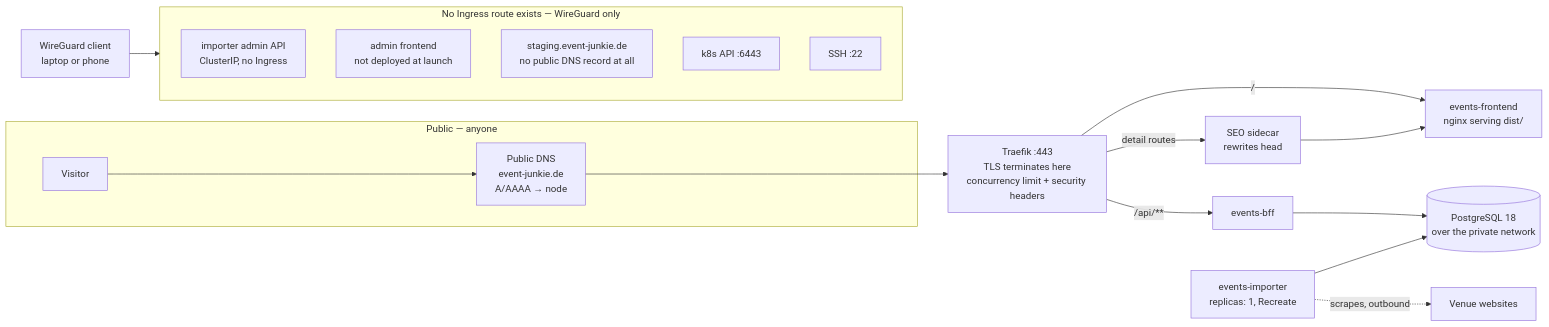
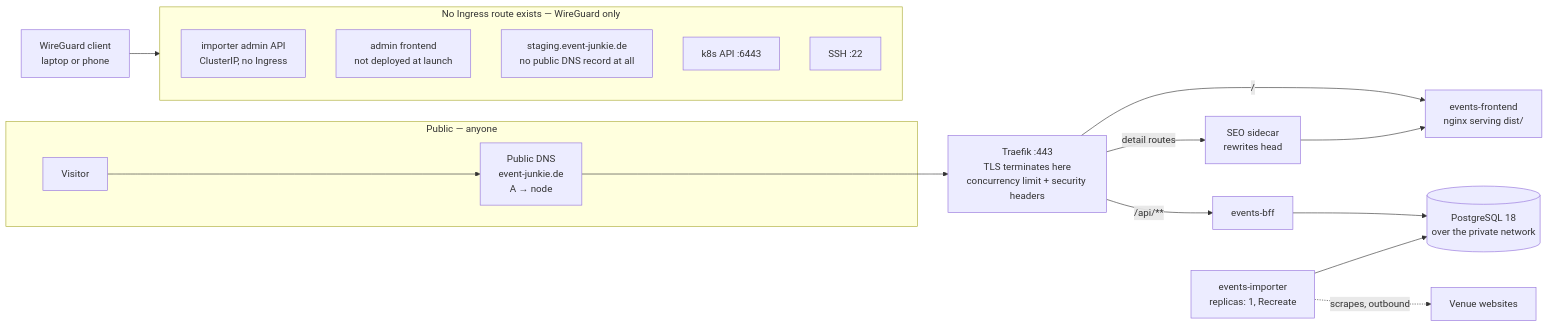
One commit to enorm-labs/event-junkie changed the second of 4 diagrams in docs/ops/PLATFORM_SETUP.md. Above: the diagram before and after it, drawn with Mermaid. The commit also changed 6 other files, not shown here.

````diff
--- a/docs/ops/PLATFORM_SETUP.md
+++ b/docs/ops/PLATFORM_SETUP.md
@@ -102,31 +102,31 @@
 ```mermaid
 flowchart LR
     subgraph public["Public — anyone"]
         v["Visitor"]
-        dns["Public DNS<br/>event-junkie.de<br/>A/AAAA → node"]
+        dns["Public DNS<br/>event-junkie.de<br/>A → node"]
         v --> dns
     end
 
     tr["Traefik :443<br/>TLS terminates here<br/>concurrency limit + security headers"]
     dns --> tr
 
     tr -->|"/"| web["events-frontend<br/>nginx serving dist/"]
     tr -->|"/api/**"| bff["events-bff"]
     tr -->|"detail routes"| seo["SEO sidecar<br/>rewrites head"]
     seo --> web
     bff --> db[("PostgreSQL 18<br/>over the private network")]
 
     imp["events-importer<br/>replicas: 1, Recreate"]
     imp --> db
     imp -.->|"scrapes, outbound"| venues["Venue websites"]
 
     subgraph tunnel["No Ingress route exists — WireGuard only"]
         adminapi["importer admin API<br/>ClusterIP, no Ingress"]
         adminui["admin frontend<br/>not deployed at launch"]
         stg["staging.event-junkie.de<br/>no public DNS record at all"]
         api6443["k8s API :6443"]
         ssh["SSH :22"]
     end
 
     wgc["WireGuard client<br/>laptop or phone"] --> tunnel
 ```
````
